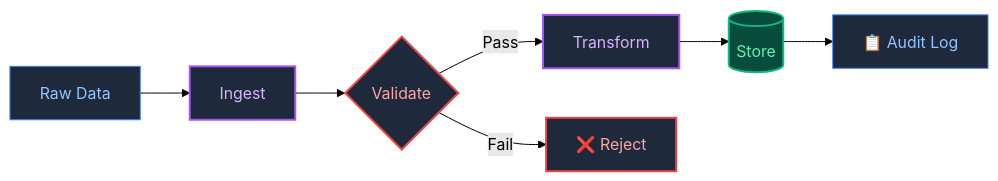
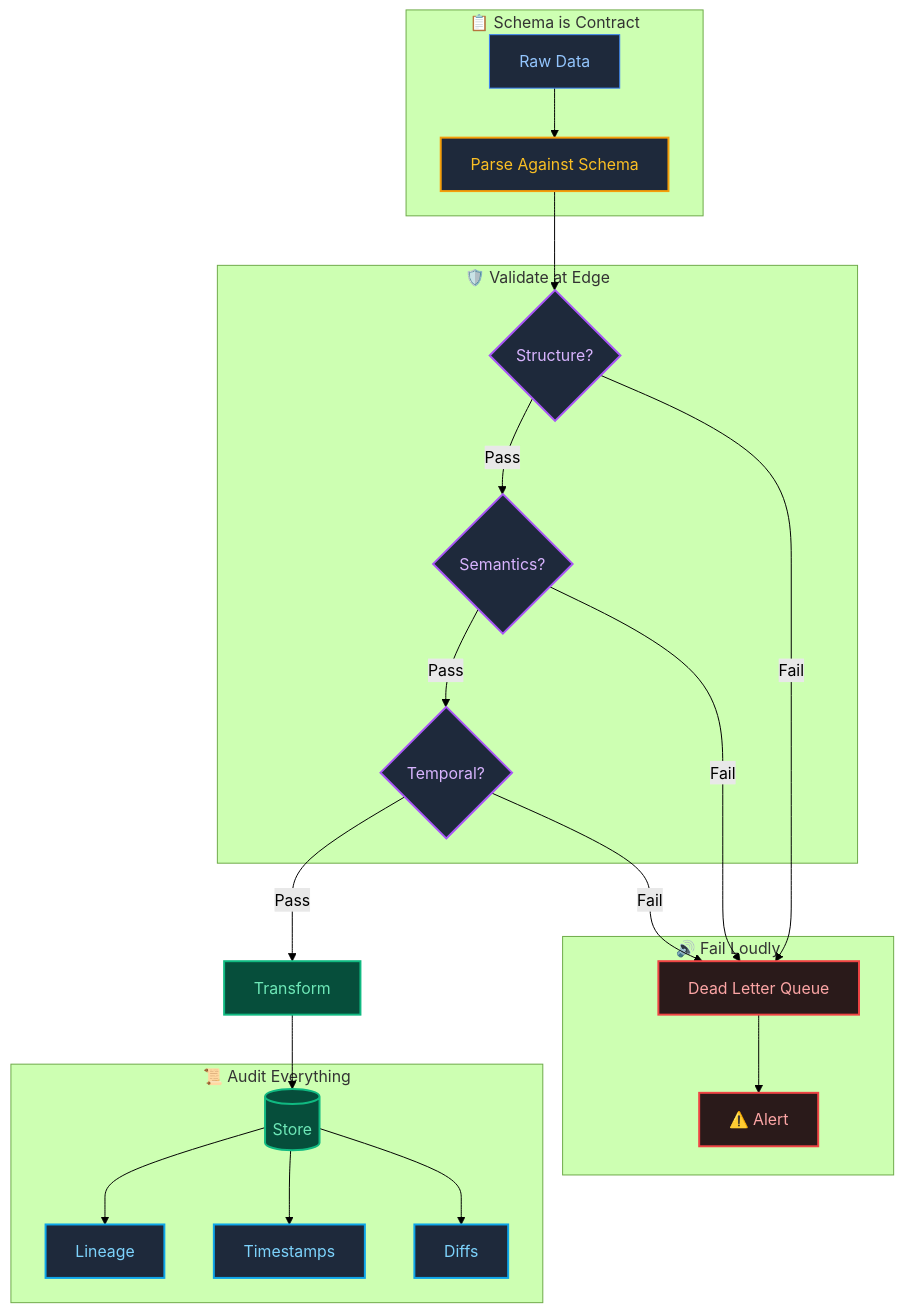
Before and after one commit to shifujosh/Market-Data-Pipeline-Ref-: the diagram in README.md, drawn with Mermaid (forest theme). The commit also changed 1 other file, not shown here.

Commit message:
feat: Update portfolio assets (AI-Native Architect Revamp)

````diff
--- a/README.md
+++ b/README.md
@@ -57,14 +57,37 @@
 ```mermaid
-flowchart LR
+flowchart TD
     classDef input fill:#1e293b,stroke:#3b82f6,stroke-width:1px,color:#93c5fd;
-    classDef process fill:#1e293b,stroke:#a855f7,stroke-width:2px,color:#d8b4fe;
-    classDef verify fill:#1e293b,stroke:#ef4444,stroke-width:2px,color:#fca5a5;
+    classDef schema fill:#1e293b,stroke:#f59e0b,stroke-width:2px,color:#fbbf24;
+    classDef validate fill:#1e293b,stroke:#a855f7,stroke-width:2px,color:#d8b4fe;
+    classDef fail fill:#2a1a1a,stroke:#ef4444,stroke-width:2px,color:#fca5a5;
     classDef store fill:#064e3b,stroke:#10b981,stroke-width:2px,color:#6ee7b7;
+    classDef audit fill:#1e293b,stroke:#0ea5e9,stroke-width:2px,color:#7dd3fc;
 
-    Raw["Raw Data"]:::input --> Ingest["Ingest"]:::process
-    Ingest --> Validate{"Validate"}:::verify
-    Validate -->|Pass| Transform["Transform"]:::process
-    Validate -->|Fail| Reject["❌ Reject"]:::verify
+    Raw["Raw Data"]:::input
+    
+    subgraph Schema ["📋 Schema is Contract"]
+        Raw --> Parse["Parse Against Schema"]:::schema
+    end
+    
+    subgraph Edge ["🛡️ Validate at Edge"]
+        Parse --> Struct{"Structure?"}:::validate
+        Struct -->|Pass| Semantic{"Semantics?"}:::validate
+        Semantic -->|Pass| Temporal{"Temporal?"}:::validate
+    end
+    
+    subgraph Loud ["🔊 Fail Loudly"]
+        Struct -->|Fail| DLQ["Dead Letter Queue"]:::fail
+        Semantic -->|Fail| DLQ
+        Temporal -->|Fail| DLQ
+        DLQ --> Alert["⚠️ Alert"]:::fail
+    end
+    
+    Temporal -->|Pass| Transform["Transform"]:::store
     Transform --> Store[("Store")]:::store
-    Store --> Audit["📋 Audit Log"]:::input
+    
+    subgraph Log ["📜 Audit Everything"]
+        Store --> Lineage["Lineage"]:::audit
+        Store --> Timestamps["Timestamps"]:::audit
+        Store --> Diffs["Diffs"]:::audit
+    end
 ```
````
